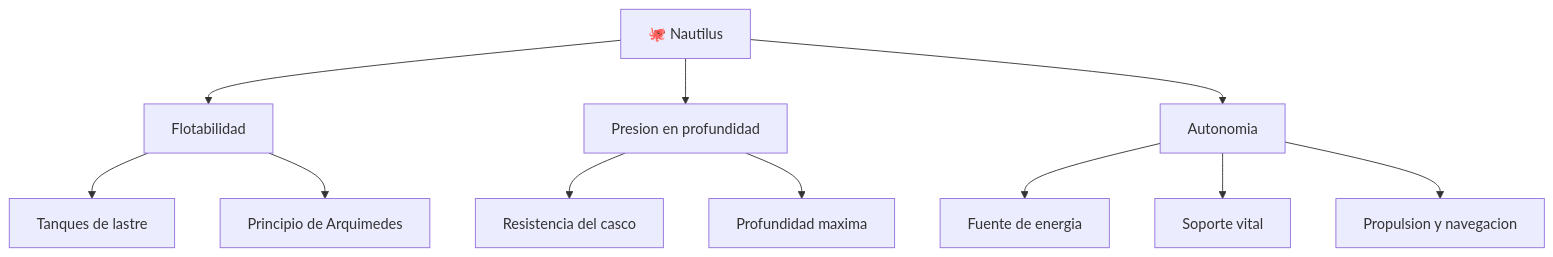
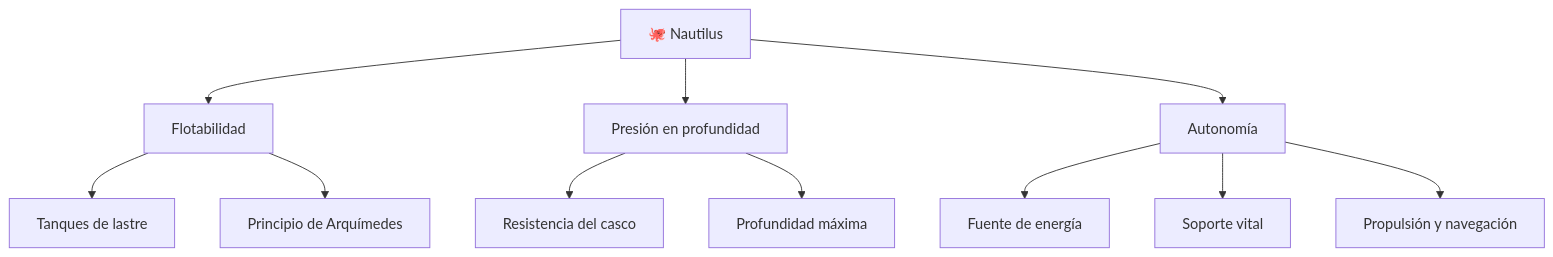
The diagram in vehiculos-fantasticos/nautilus/README.md (vladimiracunadev-create/machine-operator-program), drawn with Mermaid before and after one commit. The commit also changed other lines of this file and 442 other files, not shown here.

````diff
--- a/vehiculos-fantasticos/nautilus/README.md
+++ b/vehiculos-fantasticos/nautilus/README.md
@@ -34,13 +34,13 @@
 ```mermaid
 flowchart TD
     Nautilus[🐙 Nautilus] --> Flotabilidad[Flotabilidad]
-    Nautilus --> Presion[Presion en profundidad]
-    Nautilus --> Autonomia[Autonomia]
+    Nautilus --> Presion[Presión en profundidad]
+    Nautilus --> Autonomia[Autonomía]
     Flotabilidad --> Lastre[Tanques de lastre]
-    Flotabilidad --> Arquimedes[Principio de Arquimedes]
+    Flotabilidad --> Arquimedes[Principio de Arquímedes]
     Presion --> Casco[Resistencia del casco]
-    Presion --> Profundidad[Profundidad maxima]
-    Autonomia --> Energia[Fuente de energia]
+    Presion --> Profundidad[Profundidad máxima]
+    Autonomia --> Energia[Fuente de energía]
     Autonomia --> Aire[Soporte vital]
-    Autonomia --> Propulsion[Propulsion y navegacion]
+    Autonomia --> Propulsion[Propulsión y navegación]
 ```
````
